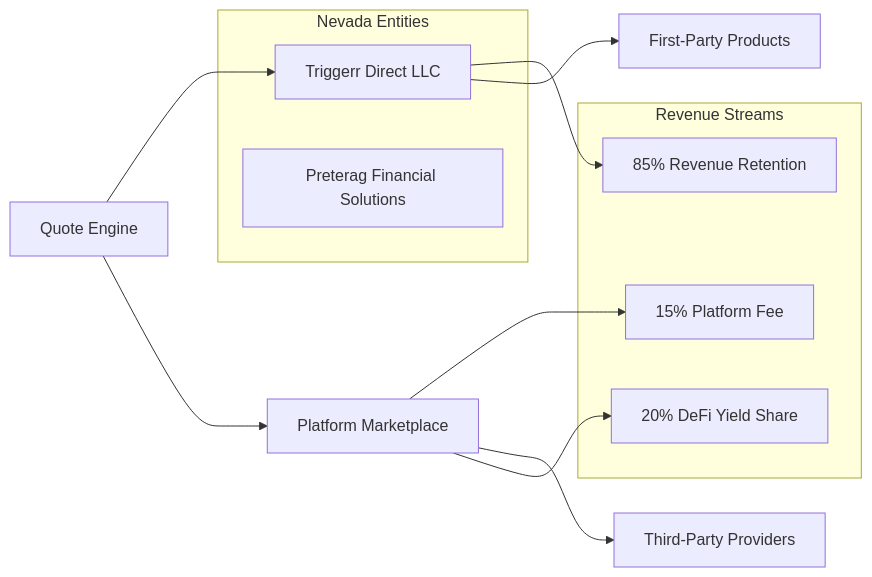
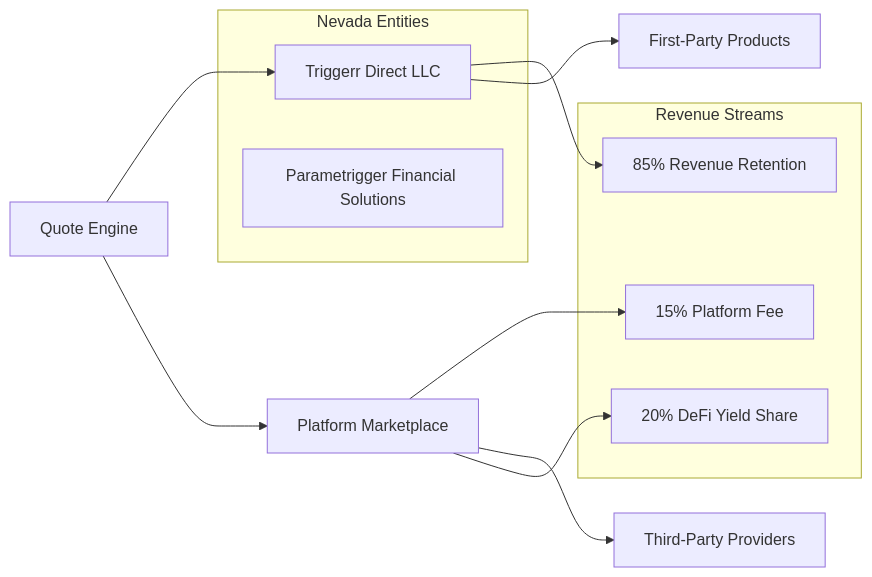
One commit to e3o8o/triggerr changed the third of 3 diagrams in docs/02_architecture/07_QUOTE_ENGINE_DESIGN.md. Above: the diagram before and after it, drawn with Mermaid. The commit also changed other lines of this file and 39 other files, not shown here.

````diff
--- a/docs/02_architecture/07_QUOTE_ENGINE_DESIGN.md
+++ b/docs/02_architecture/07_QUOTE_ENGINE_DESIGN.md
@@ -241,23 +241,23 @@
 ```mermaid
 flowchart LR
     A[Quote Engine] --> B[Triggerr Direct LLC]
     A --> C[Platform Marketplace]
     
     B --> B1[85% Revenue Retention]
     B --> B2[First-Party Products]
     
     C --> C1[15% Platform Fee]
     C --> C2[Third-Party Providers]
     C --> C3[20% DeFi Yield Share]
     
     subgraph "Nevada Entities"
         B
-        D[Preterag Financial Solutions]
+        D[Parametrigger Financial Solutions]
     end
     
     subgraph "Revenue Streams"
         B1
         C1
         C3
     end
 ```
````
